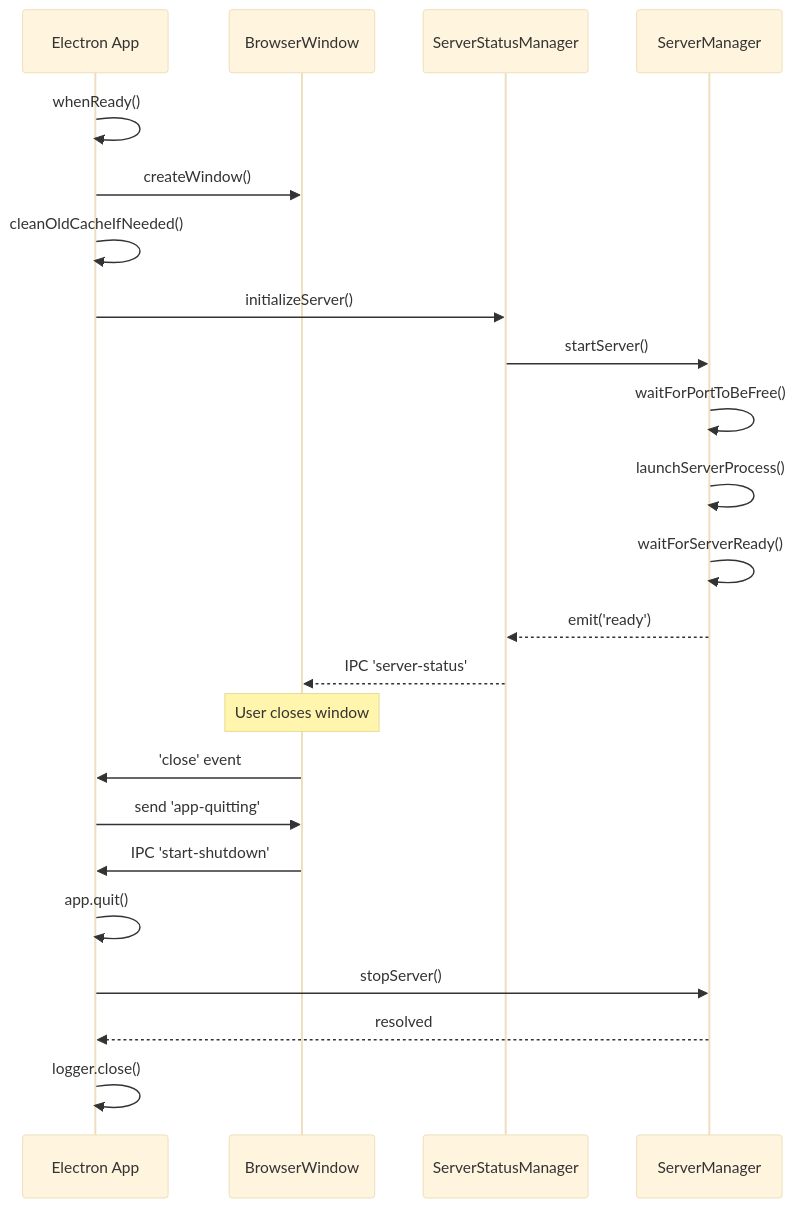
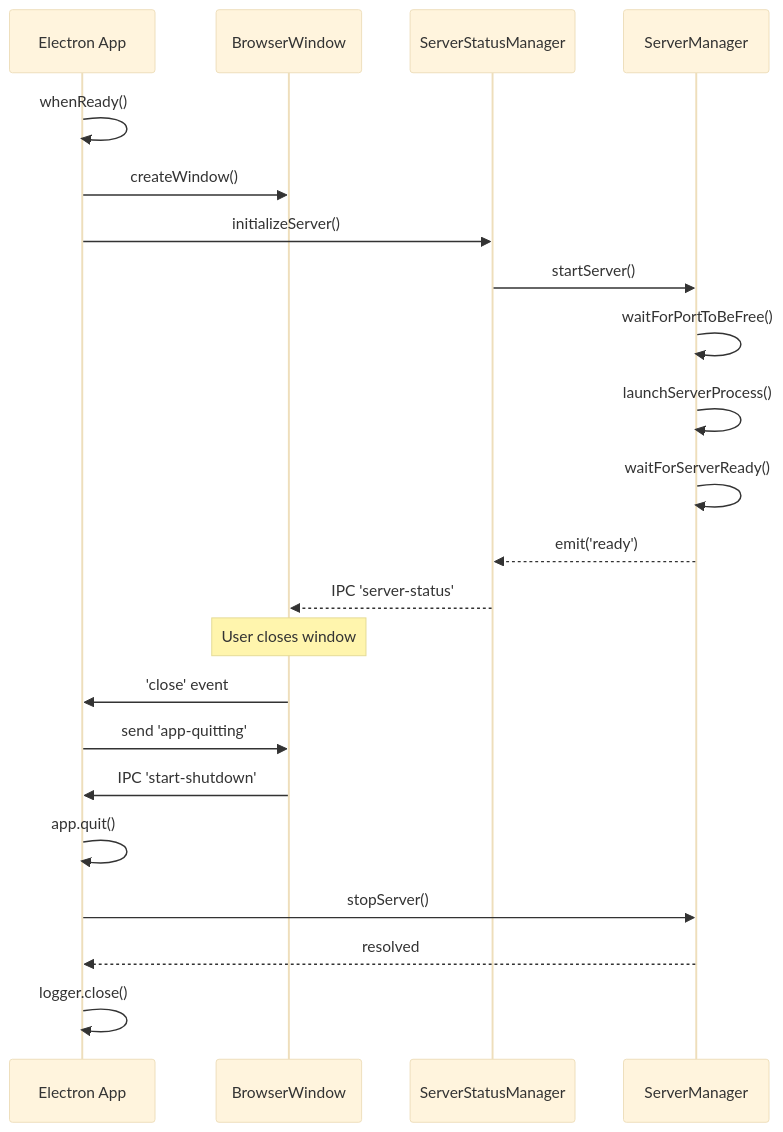
Before and after one commit to AutoByteus/autobyteus-web: the second of 2 diagrams in docs/electron_packaging.md, drawn with Mermaid (base theme). The commit also changed other lines of this file and 82 other files, not shown here.

````diff
--- a/docs/electron_packaging.md
+++ b/docs/electron_packaging.md
@@ -173,27 +170,26 @@
 ```mermaid
 sequenceDiagram
     participant App as Electron App
     participant Window as BrowserWindow
     participant Status as ServerStatusManager
     participant Server as ServerManager
 
     App->>App: whenReady()
     App->>Window: createWindow()
-    App->>App: cleanOldCacheIfNeeded()
     App->>Status: initializeServer()
     Status->>Server: startServer()
     Server->>Server: waitForPortToBeFree()
     Server->>Server: launchServerProcess()
     Server->>Server: waitForServerReady()
     Server-->>Status: emit('ready')
     Status-->>Window: IPC 'server-status'
 
     Note over Window: User closes window
     Window->>App: 'close' event
     App->>Window: send 'app-quitting'
     Window->>App: IPC 'start-shutdown'
     App->>App: app.quit()
     App->>Server: stopServer()
     Server-->>App: resolved
     App->>App: logger.close()
 ```
````
